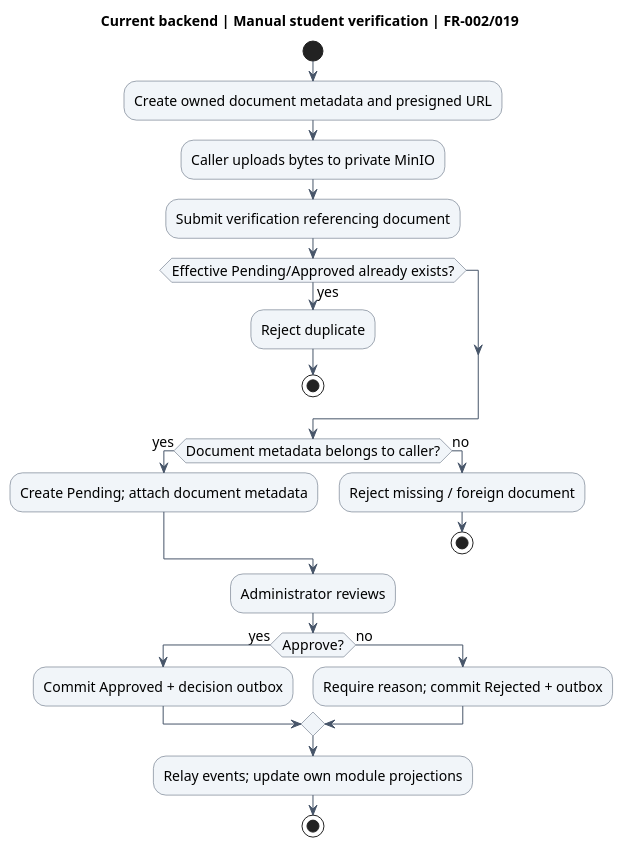
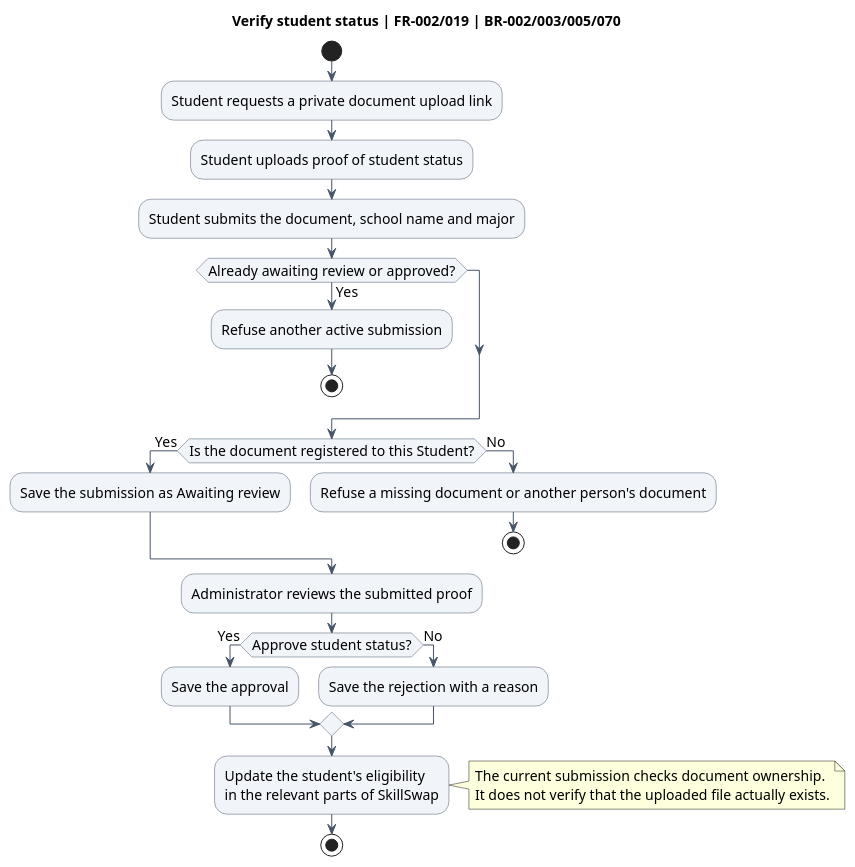
One commit to trankien022/SkillSwap changed the diagram in docs/diagrams/checkpoint/source/activity-student-verification.puml. Above: the diagram before and after it, drawn with PlantUML. The commit also changed 62 other files, not shown here.

First line of the commit message:
docs(diagrams): refresh diagrams against current code (#77)

```diff
--- a/docs/diagrams/checkpoint/source/activity-student-verification.puml
+++ b/docs/diagrams/checkpoint/source/activity-student-verification.puml
@@ -1,36 +1,40 @@
 @startuml
-title Current backend | Manual student verification | FR-002/019
+title Verify student status | FR-002/019 | BR-002/003/005/070
 skinparam backgroundColor #FFFFFF
 skinparam shadowing false
 skinparam defaultFontName Arial
 skinparam defaultFontSize 14
 skinparam ArrowColor #475569
+skinparam activityBackgroundColor #F1F5F9
+skinparam activityBorderColor #475569
 skinparam sequenceParticipantBackgroundColor #F1F5F9
 skinparam sequenceParticipantBorderColor #475569
-skinparam activityBackgroundColor #F1F5F9
-skinparam activityBorderColor #475569
 skinparam stateBackgroundColor #F1F5F9
 skinparam stateBorderColor #475569
 start
-:Create owned document metadata and presigned URL;
-:Caller uploads bytes to private MinIO;
-:Submit verification referencing document;
-if (Effective Pending/Approved already exists?) then (yes)
- :Reject duplicate;
+:Student requests a private document upload link;
+:Student uploads proof of student status;
+:Student submits the document, school name and major;
+if (Already awaiting review or approved?) then (Yes)
+ :Refuse another active submission;
  stop
 endif
-if (Document metadata belongs to caller?) then (yes)
- :Create Pending; attach document metadata;
-else (no)
- :Reject missing / foreign document;
+if (Is the document registered to this Student?) then (Yes)
+ :Save the submission as Awaiting review;
+else (No)
+ :Refuse a missing document or another person's document;
  stop
 endif
-:Administrator reviews;
-if (Approve?) then (yes)
- :Commit Approved + decision outbox;
-else (no)
- :Require reason; commit Rejected + outbox;
+:Administrator reviews the submitted proof;
+if (Approve student status?) then (Yes)
+ :Save the approval;
+else (No)
+ :Save the rejection with a reason;
 endif
-:Relay events; update own module projections;
+:Update the student's eligibility\nin the relevant parts of SkillSwap;
+note right
+ The current submission checks document ownership.
+ It does not verify that the uploaded file actually exists.
+end note
 stop
 @enduml
```
